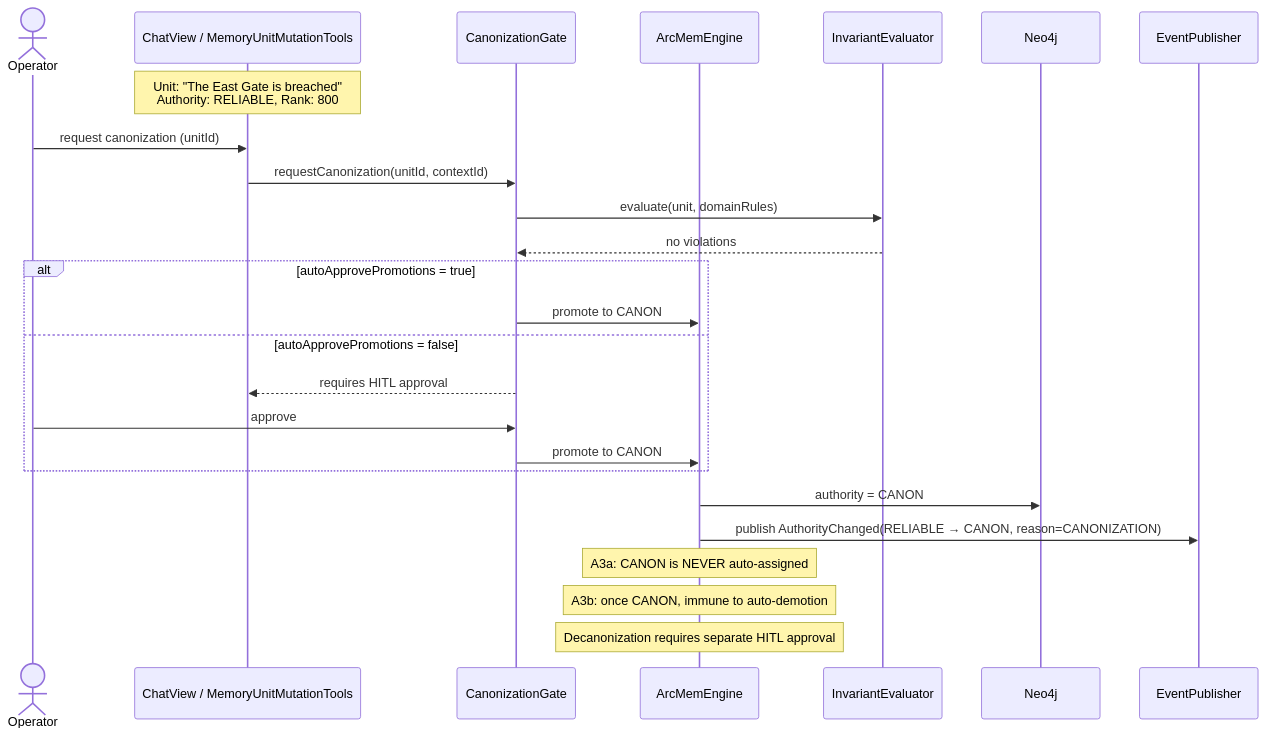
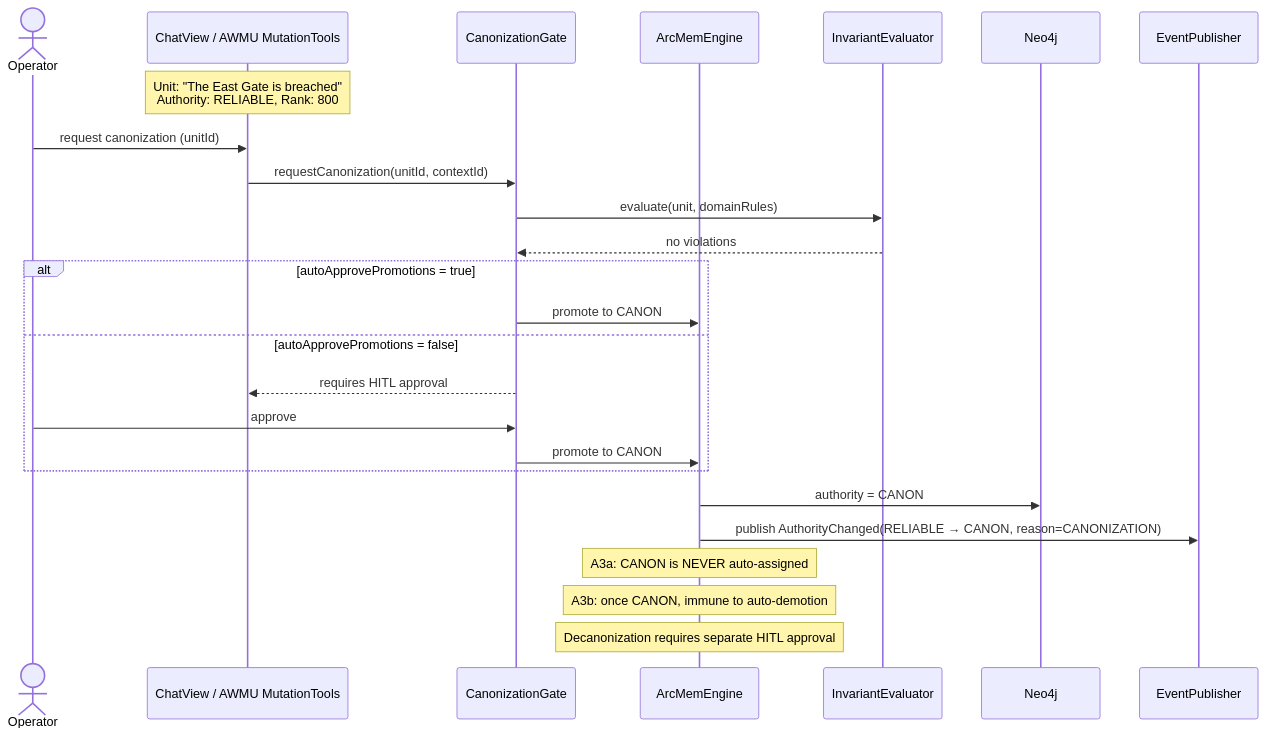
One commit to jimador/arc-mem changed the fifth of 6 diagrams in docs/data-flows.md. Above: the diagram before and after it, drawn with Mermaid. The commit also changed other lines of this file and 125 other files, not shown here.

````diff
--- a/docs/data-flows.md
+++ b/docs/data-flows.md
@@ -231,33 +231,33 @@
 ```mermaid
 sequenceDiagram
     actor Operator
-    participant UI as ChatView / MemoryUnitMutationTools
+    participant UI as ChatView / AWMU MutationTools
     participant CG as CanonizationGate
     participant AE as ArcMemEngine
     participant INV as InvariantEvaluator
     participant DB as Neo4j
     participant EVT as EventPublisher
 
     Note over UI: Unit: "The East Gate is breached"<br/>Authority: RELIABLE, Rank: 800
 
     Operator->>UI: request canonization (unitId)
     UI->>CG: requestCanonization(unitId, contextId)
 
     CG->>INV: evaluate(unit, domainRules)
     INV-->>CG: no violations
 
     alt autoApprovePromotions = true
         CG->>AE: promote to CANON
     else autoApprovePromotions = false
         CG-->>UI: requires HITL approval
         Operator->>CG: approve
         CG->>AE: promote to CANON
     end
 
     AE->>DB: authority = CANON
     AE->>EVT: publish AuthorityChanged(RELIABLE → CANON, reason=CANONIZATION)
 
     Note over AE: A3a: CANON is NEVER auto-assigned
     Note over AE: A3b: once CANON, immune to auto-demotion
     Note over AE: Decanonization requires separate HITL approval
 ```
````
